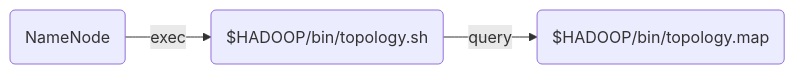
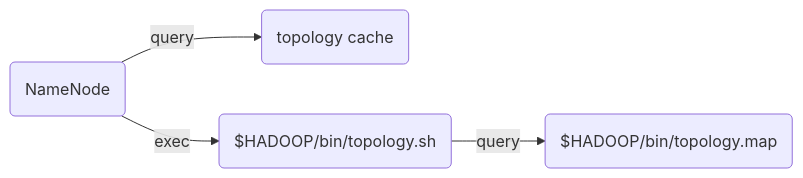
Before and after one commit to lzztt/onenow: the second of 2 diagrams in frontend/public/doc/hdfs.md, drawn with Mermaid. The commit also changed other lines of this file, not shown here.

Commit message:
Add topology cache to diagram

````diff
--- a/frontend/public/doc/hdfs.md
+++ b/frontend/public/doc/hdfs.md
@@ -95,5 +95,6 @@
 ```mermaid
 flowchart LR
-    A(NameNode) -- exec --> B($HADOOP/bin/topology.sh)
-    B -- query --> C($HADOOP/bin/topology.map)
+    A(NameNode) -- query --> B(topology cache)
+    A -- exec --> C($HADOOP/bin/topology.sh)
+    C -- query --> D($HADOOP/bin/topology.map)
 ```
````
